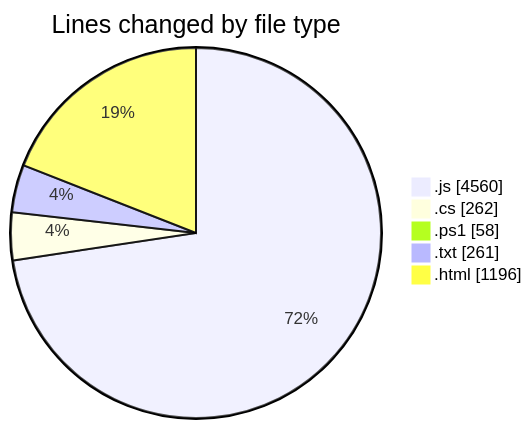
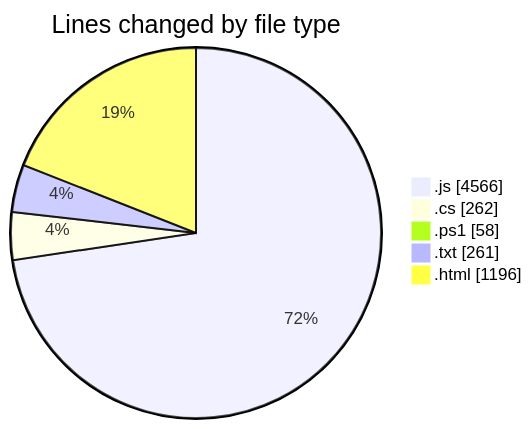
One commit to becaeroporto-bot/code-tracking changed the first of 2 diagrams in 2026-02-17/bot_v1_2/README.md. Above: the diagram before and after it, drawn with Mermaid. The commit also changed other lines of this file and 1 other file, not shown here.

````diff
--- a/2026-02-17/bot_v1_2/README.md
+++ b/2026-02-17/bot_v1_2/README.md
@@ -35,9 +35,9 @@
 ```mermaid
 pie showData
 title Lines changed by file type
-".js" : 4560
+".js" : 4566
 ".cs" : 262
 ".ps1" : 58
 ".txt" : 261
 ".html" : 1196
 ```
````
